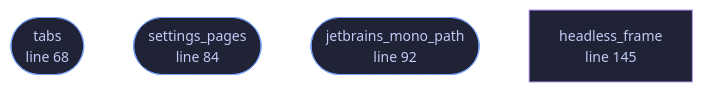
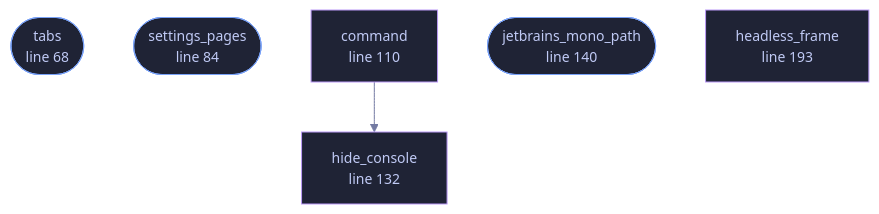
The diagram in docs/files/veilvoice-gui/lib.md (tilas01/veilvoice), drawn with Mermaid before and after one commit. The commit also changed other lines of this file and 38 other files, not shown here.

````diff
--- a/docs/files/veilvoice-gui/lib.md
+++ b/docs/files/veilvoice-gui/lib.md
@@ -106,16 +106,23 @@
 ```mermaid
 %%{init: {"theme":"base","themeVariables":{"background":"#1a1b26","primaryColor":"#1f2335","primaryTextColor":"#c0caf5","primaryBorderColor":"#7aa2f7","secondaryColor":"#16161e","tertiaryColor":"#16161e","lineColor":"#737aa2","textColor":"#c0caf5","mainBkg":"#1f2335","nodeBorder":"#7aa2f7","clusterBkg":"#16161e","clusterBorder":"#2f3549","fontFamily":"ui-monospace, SFMono-Regular, Consolas, monospace","fontSize":"14px"}}}%%
 flowchart TD
     n_tabs(["tabs<br/>line 68"])
     n_settings_pages(["settings_pages<br/>line 84"])
-    n_jetbrains_mono_path(["jetbrains_mono_path<br/>line 92"])
-    n_headless_frame["headless_frame<br/>line 145"]
+    n_command["command<br/>line 110"]
+    n_hide_console["hide_console<br/>line 122"]
+    n_hide_console["hide_console<br/>line 132"]
+    n_jetbrains_mono_path(["jetbrains_mono_path<br/>line 140"])
+    n_headless_frame["headless_frame<br/>line 193"]
+    n_command --> n_hide_console
     click n_tabs href "https://github.com/tilas01/veilvoice/blob/main/crates/veilvoice-gui/src/lib.rs#L68" "open the source"
     click n_settings_pages href "https://github.com/tilas01/veilvoice/blob/main/crates/veilvoice-gui/src/lib.rs#L84" "open the source"
-    click n_jetbrains_mono_path href "https://github.com/tilas01/veilvoice/blob/main/crates/veilvoice-gui/src/lib.rs#L92" "open the source"
-    click n_headless_frame href "https://github.com/tilas01/veilvoice/blob/main/crates/veilvoice-gui/src/lib.rs#L145" "open the source"
+    click n_command href "https://github.com/tilas01/veilvoice/blob/main/crates/veilvoice-gui/src/lib.rs#L110" "open the source"
+    click n_hide_console href "https://github.com/tilas01/veilvoice/blob/main/crates/veilvoice-gui/src/lib.rs#L122" "open the source"
+    click n_hide_console href "https://github.com/tilas01/veilvoice/blob/main/crates/veilvoice-gui/src/lib.rs#L132" "open the source"
+    click n_jetbrains_mono_path href "https://github.com/tilas01/veilvoice/blob/main/crates/veilvoice-gui/src/lib.rs#L140" "open the source"
+    click n_headless_frame href "https://github.com/tilas01/veilvoice/blob/main/crates/veilvoice-gui/src/lib.rs#L193" "open the source"
     classDef entry fill:#1f2335,stroke:#7aa2f7,color:#c0caf5
     class n_tabs,n_settings_pages,n_jetbrains_mono_path entry
     classDef helper fill:#1f2335,stroke:#bb9af7,color:#c0caf5
-    class n_headless_frame helper
+    class n_command,n_hide_console,n_hide_console,n_headless_frame helper
 ```
````
